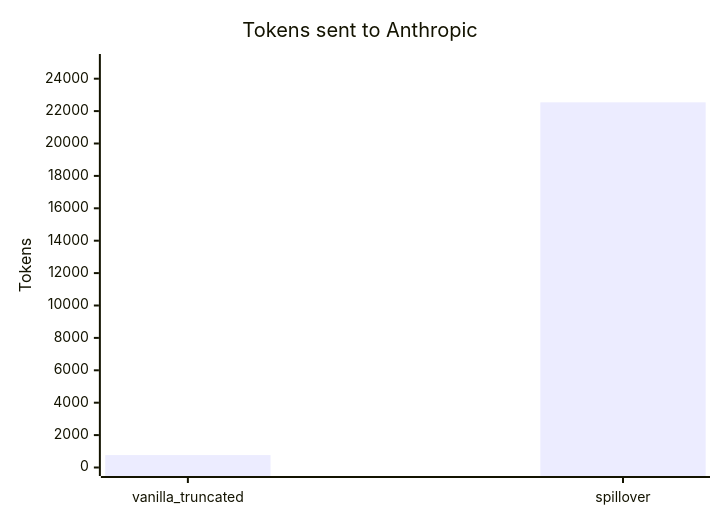
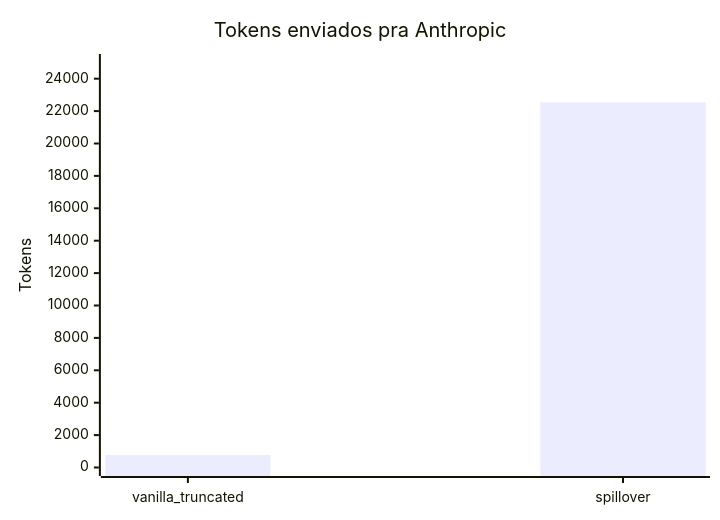
One commit to Luizhcrs/spillover changed the second of 3 diagrams in docs/architecture/10-performance-heavy.md. Above: the diagram before and after it, drawn with Mermaid. The commit also changed other lines of this file and 12 other files, not shown here.

Commit message:
docs(architecture): traduzir 13 docs pra PT-BR

````diff
--- a/docs/architecture/10-performance-heavy.md
+++ b/docs/architecture/10-performance-heavy.md
@@ -15,7 +15,7 @@
 ```mermaid
 xychart-beta
-    title "Tokens sent to Anthropic"
+    title "Tokens enviados pra Anthropic"
     x-axis ["vanilla_truncated", "spillover"]
     y-axis "Tokens" 0 --> 25000
     bar [767, 22541]
 ```
````
